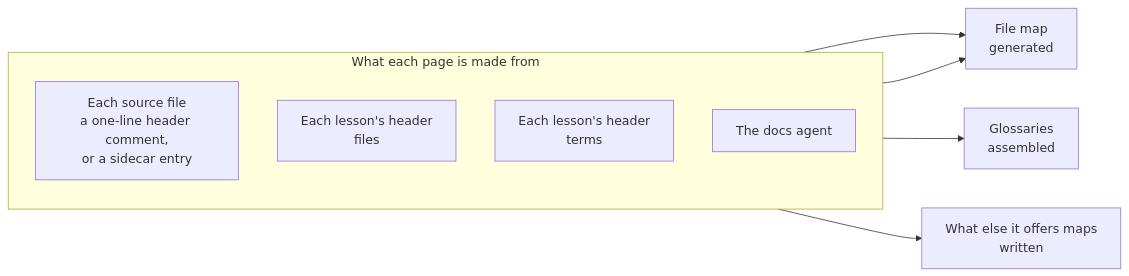
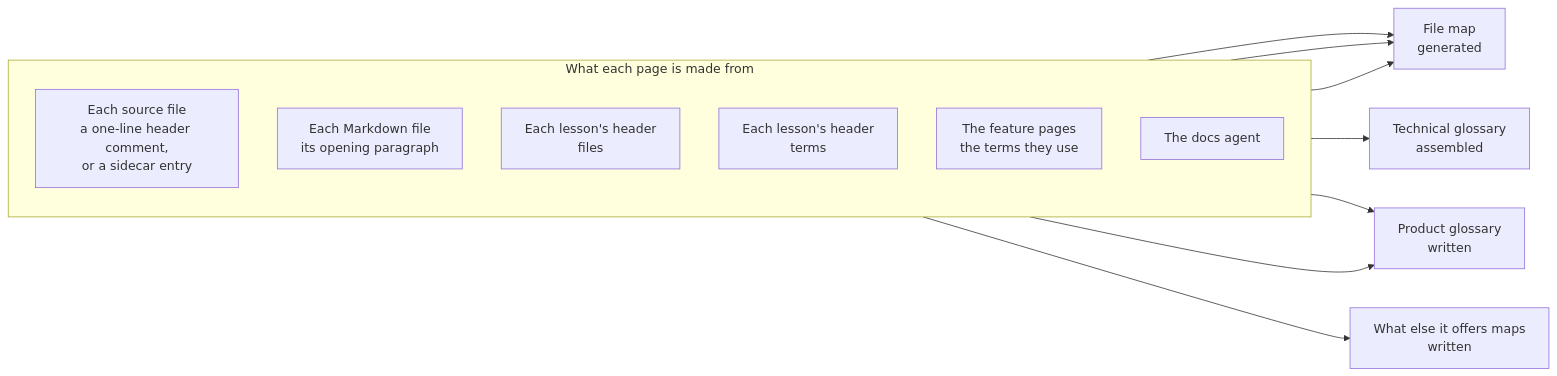
One commit to chandanbsd/baseline-framework changed the second of 4 diagrams in standard/10-course-reference-pages.md. Above: the diagram before and after it, drawn with Mermaid. The commit also changed other lines of this file and 10 other files, not shown here.

````diff
--- a/standard/10-course-reference-pages.md
+++ b/standard/10-course-reference-pages.md
@@ -99,17 +103,23 @@
 ```mermaid
 flowchart LR
     subgraph SRC["What each page is made from"]
         direction TB
         HC["Each source file<br/>a one-line header comment,<br/>or a sidecar entry"]
+        MD["Each Markdown file<br/>its opening paragraph"]
         LF["Each lesson's header<br/>files"]
         LT["Each lesson's header<br/>terms"]
+        FP["The feature pages<br/>the terms they use"]
         DA["The docs agent"]
     end
     FM["File map<br/>generated"]
-    GL["Glossaries<br/>assembled"]
+    GL["Technical glossary<br/>assembled"]
+    PG["Product glossary<br/>written"]
     MP["What else it offers maps<br/>written"]
     HC --> FM
+    MD --> FM
     LF --> FM
     LT --> GL
+    FP --> PG
+    DA --> PG
     DA --> MP
 ```
````
